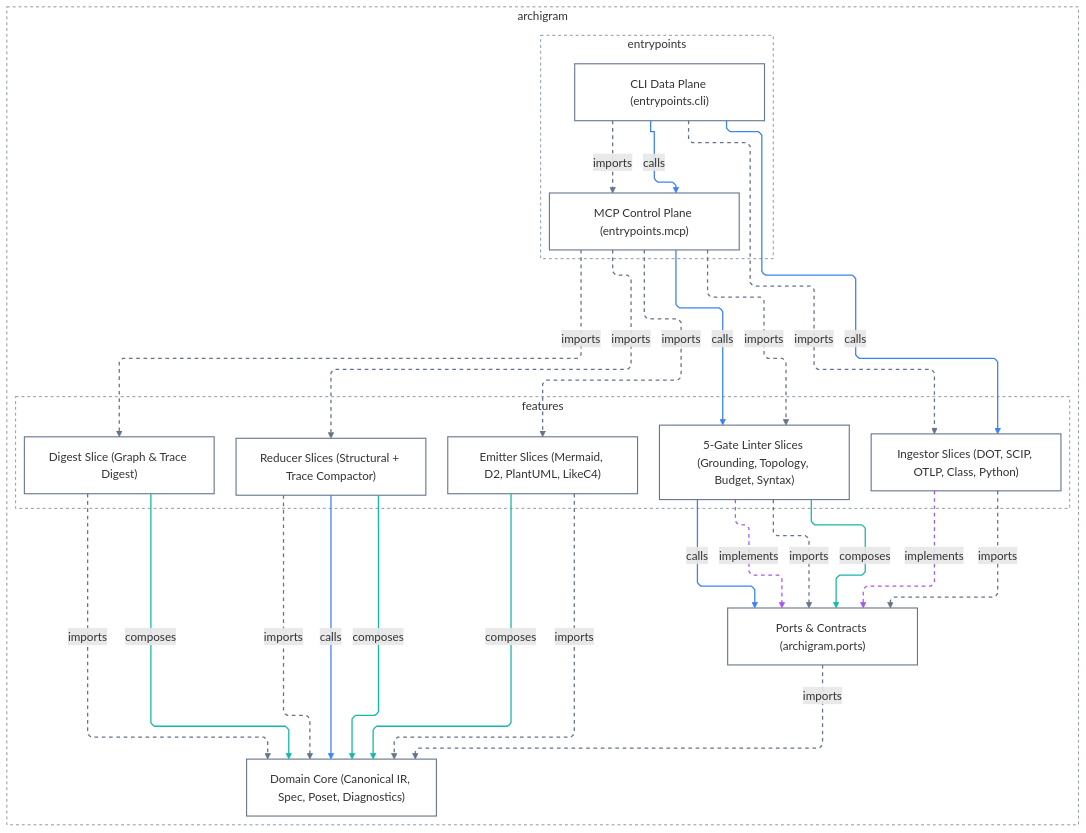
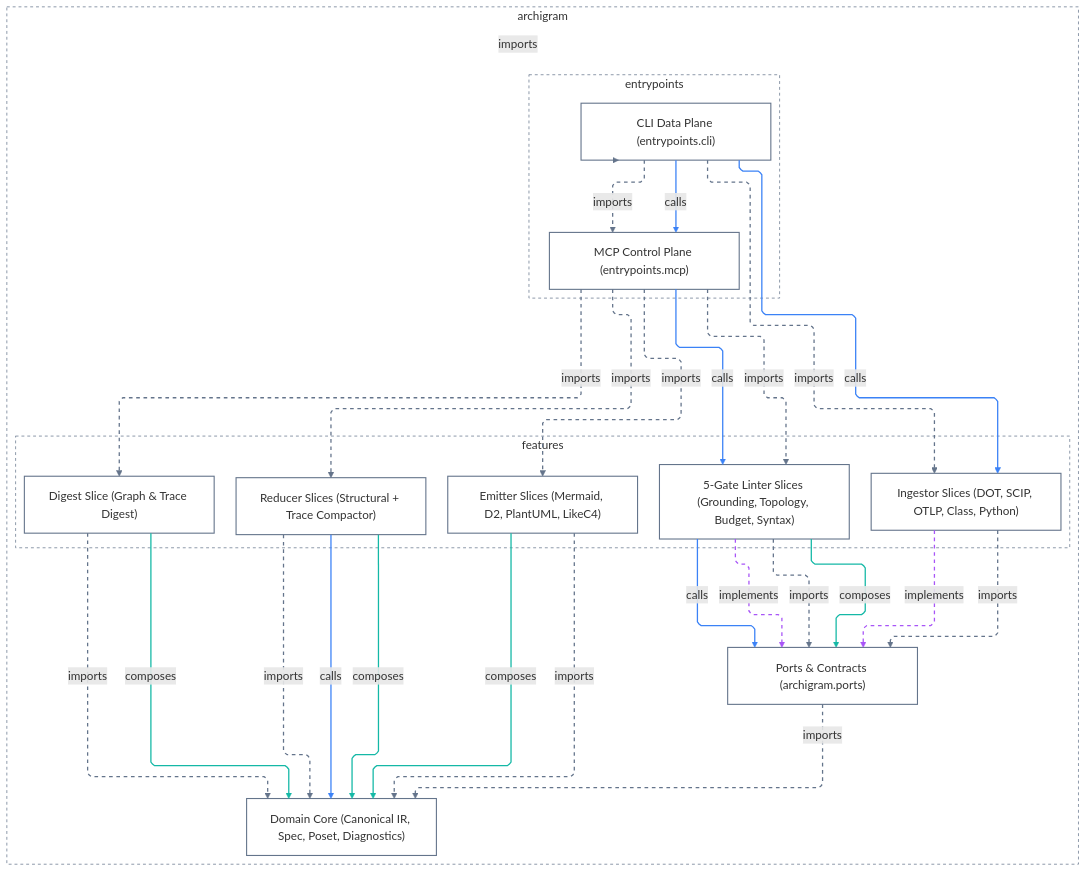
Before and after one commit to klcd/archigram: the diagram in docs/architecture/diagrams/l0_hexagonal_rings_mermaid.mmd, drawn with Mermaid. The commit also changed 39 other files, not shown here.

```diff
--- a/docs/architecture/diagrams/l0_hexagonal_rings_mermaid.mmd
+++ b/docs/architecture/diagrams/l0_hexagonal_rings_mermaid.mmd
@@ -1,57 +1,58 @@
 ---
 config:
   layout: elk
   elk:
     mergeEdges: false
     nodePlacementStrategy: BRANDES_KOEPF
   flowchart:
     defaultRenderer: elk
     curve: linear
 ---
 flowchart TD
   classDef default fill:transparent,stroke:#64748b,stroke-width:1.5px
   subgraph n0["archigram"]
     subgraph n1["entrypoints"]
       n3["CLI Data Plane (entrypoints.cli)"]
       n10["MCP Control Plane (entrypoints.mcp)"]
     end
     subgraph n2["features"]
       n5["Digest Slice (Graph & Trace Digest)"]
       n6["Emitter Slices (Mermaid, D2, PlantUML, LikeC4)"]
       n7["Ingestor Slices (DOT, SCIP, OTLP, Class, Python)"]
       n8["5-Gate Linter Slices (Grounding, Topology, Budget, Syntax)"]
       n9["Reducer Slices (Structural + Trace Compactor)"]
     end
     n4["Domain Core (Canonical IR, Spec, Poset, Diagnostics)"]
     n11["Ports & Contracts (archigram.ports)"]
   end
   style n0 fill:transparent,stroke:#64748b,stroke-width:1px,stroke-dasharray:4 4
   style n1 fill:transparent,stroke:#64748b,stroke-width:1px,stroke-dasharray:4 4
   style n2 fill:transparent,stroke:#64748b,stroke-width:1px,stroke-dasharray:4 4
+  n3 -.->|"imports"| n0
   n5 -.->|"imports"| n4
   n5 -->|"composes"| n4
   n9 -.->|"imports"| n4
   n9 -->|"calls"| n4
   n11 -.->|"imports"| n4
   n9 -->|"composes"| n4
   n6 -.->|"imports"| n4
   n6 -->|"composes"| n4
   n10 -.->|"imports"| n5
   n10 -.->|"imports"| n6
   n3 -->|"calls"| n7
   n3 -.->|"imports"| n7
   n10 -.->|"imports"| n8
   n10 -->|"calls"| n8
   n10 -.->|"imports"| n9
   n3 -->|"calls"| n10
   n3 -.->|"imports"| n10
   n8 -.->|"implements"| n11
   n8 -.->|"imports"| n11
   n7 -.->|"implements"| n11
   n7 -.->|"imports"| n11
   n8 -->|"composes"| n11
   n8 -->|"calls"| n11
-  linkStyle 0,2,4,6,8,9,11,12,14,16,18,20 stroke:#64748b,stroke-width:1.75px,stroke-dasharray:5 5
-  linkStyle 1,5,7,21 stroke:#14b8a6,stroke-width:1.75px
-  linkStyle 3,10,13,15,22 stroke:#3b82f6,stroke-width:1.75px
-  linkStyle 17,19 stroke:#a855f7,stroke-width:1.75px,stroke-dasharray:5 5
+  linkStyle 0,1,3,5,7,9,10,12,13,15,17,19,21 stroke:#64748b,stroke-width:1.75px,stroke-dasharray:5 5
+  linkStyle 2,6,8,22 stroke:#14b8a6,stroke-width:1.75px
+  linkStyle 4,11,14,16,23 stroke:#3b82f6,stroke-width:1.75px
+  linkStyle 18,20 stroke:#a855f7,stroke-width:1.75px,stroke-dasharray:5 5
```
